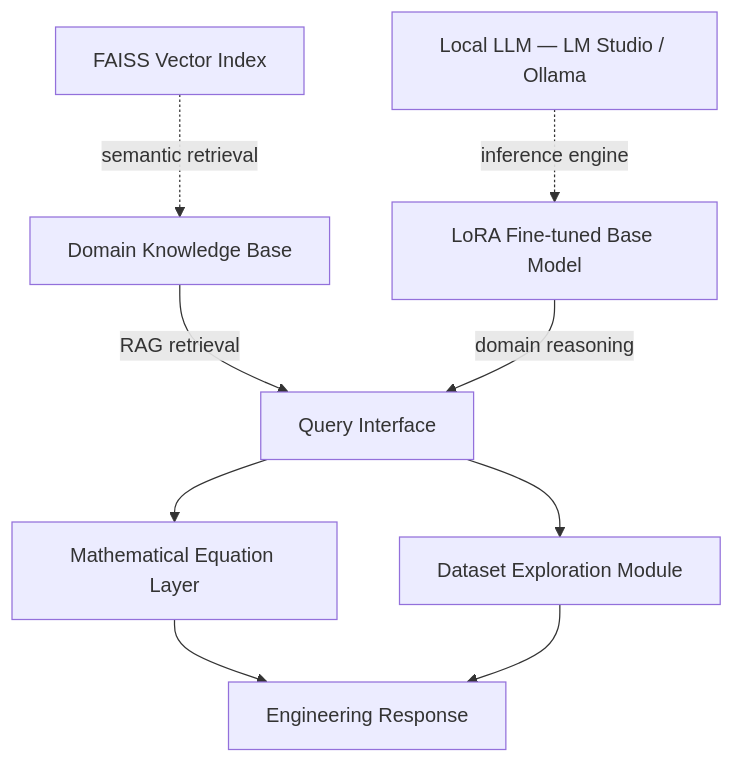
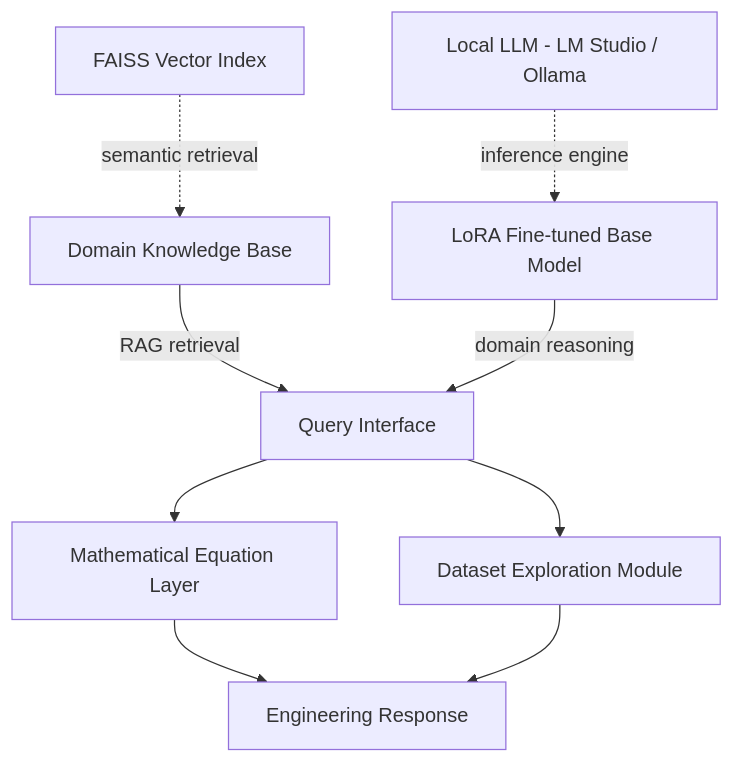
One commit to ash3spho3nix/my-personal-site changed the diagram in content/work/projects/battery-ai-systems.md. Above: the diagram before and after it, drawn with Mermaid. The commit also changed other lines of this file and 73 other files, not shown here.

````diff
--- a/content/work/projects/battery-ai-systems.md
+++ b/content/work/projects/battery-ai-systems.md
@@ -34,11 +34,11 @@
 ```mermaid
 graph TD
     A[Domain Knowledge Base] -->|RAG retrieval| C[Query Interface]
     B[LoRA Fine-tuned Base Model] -->|domain reasoning| C
     C --> D[Mathematical Equation Layer]
     C --> E[Dataset Exploration Module]
     D --> F[Engineering Response]
     E --> F
-    G[Local LLM — LM Studio / Ollama] -.->|inference engine| B
+    G[Local LLM - LM Studio / Ollama] -.->|inference engine| B
     H[FAISS Vector Index] -.->|semantic retrieval| A
 ```
````
